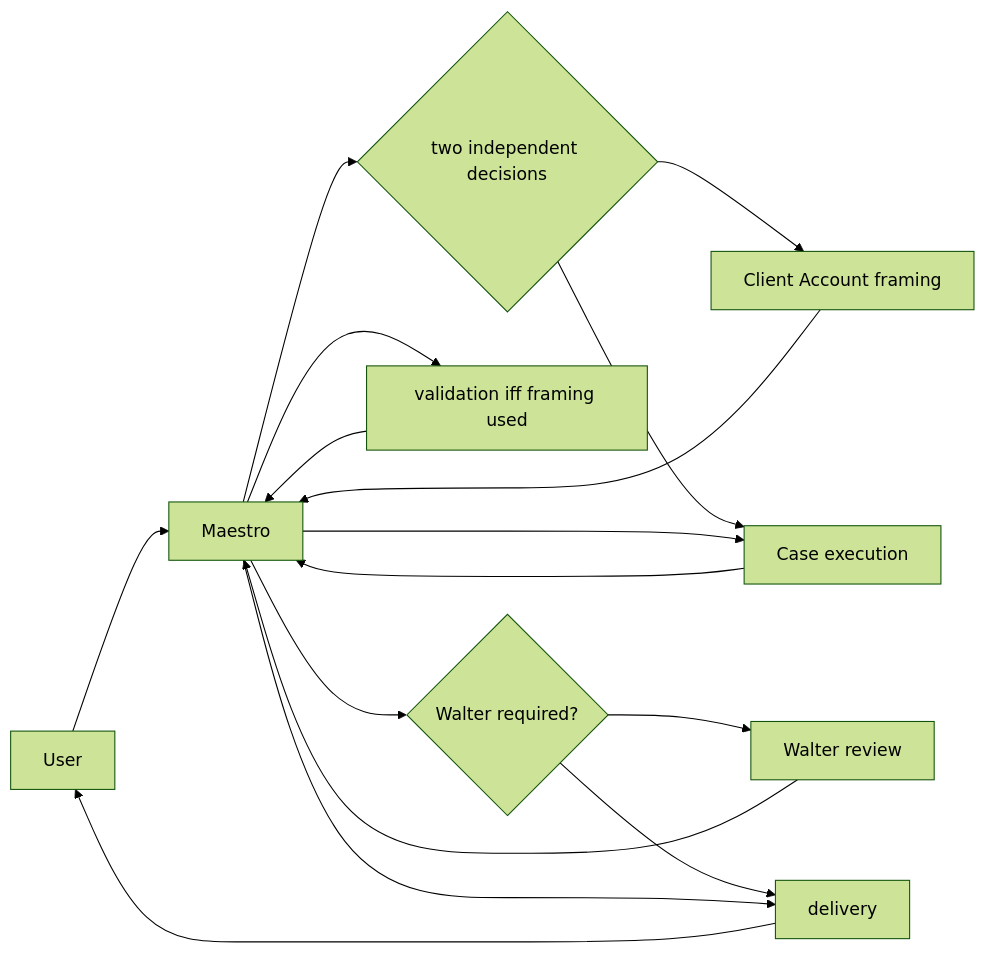
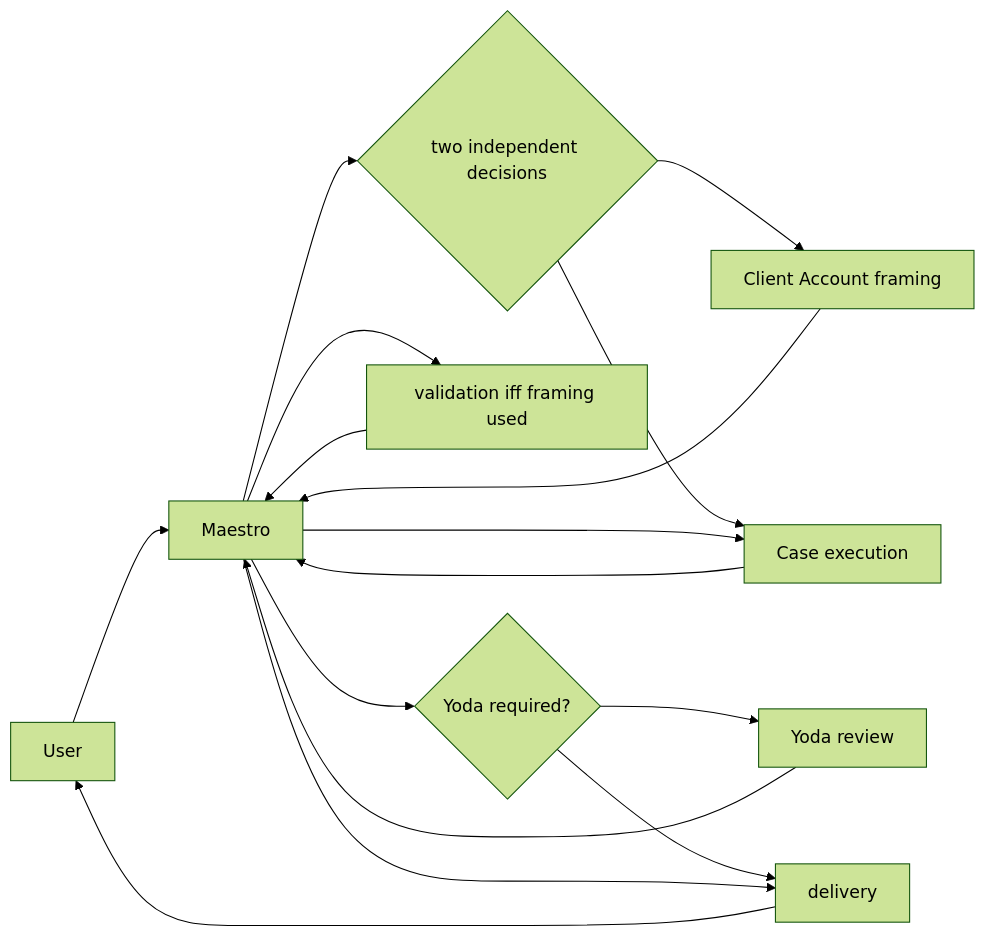
The first of 2 diagrams in docs/visualizations/maestro-agent-governance.md (agentic-os-brasil/bcg-brasil-agentic-os), drawn with Mermaid (forest theme) before and after one commit. The commit also changed other lines of this file and 159 other files, not shown here.

First line of the commit message:
refactor: rename Walter → Mestre Yoda 🧙 (persona, package, contracts) (#375)

````diff
--- a/docs/visualizations/maestro-agent-governance.md
+++ b/docs/visualizations/maestro-agent-governance.md
@@ -6,18 +6,18 @@
 ```mermaid
 flowchart LR
   User --> Maestro
   Maestro --> Decision{two independent decisions}
   Decision --> Account[Client Account framing]
   Decision --> Case[Case execution]
   Account --> Maestro
   Maestro --> Case
   Case --> Maestro
   Maestro --> AccountValidation[validation iff framing used]
   AccountValidation --> Maestro
-  Maestro --> Material{Walter required?}
-  Material --> Walter[Walter review]
+  Maestro --> Material{Yoda required?}
+  Material --> Yoda[Yoda review]
   Material --> Deliver[delivery]
-  Walter --> Maestro
+  Yoda --> Maestro
   Maestro --> Deliver
   Deliver --> User
 ```
````
